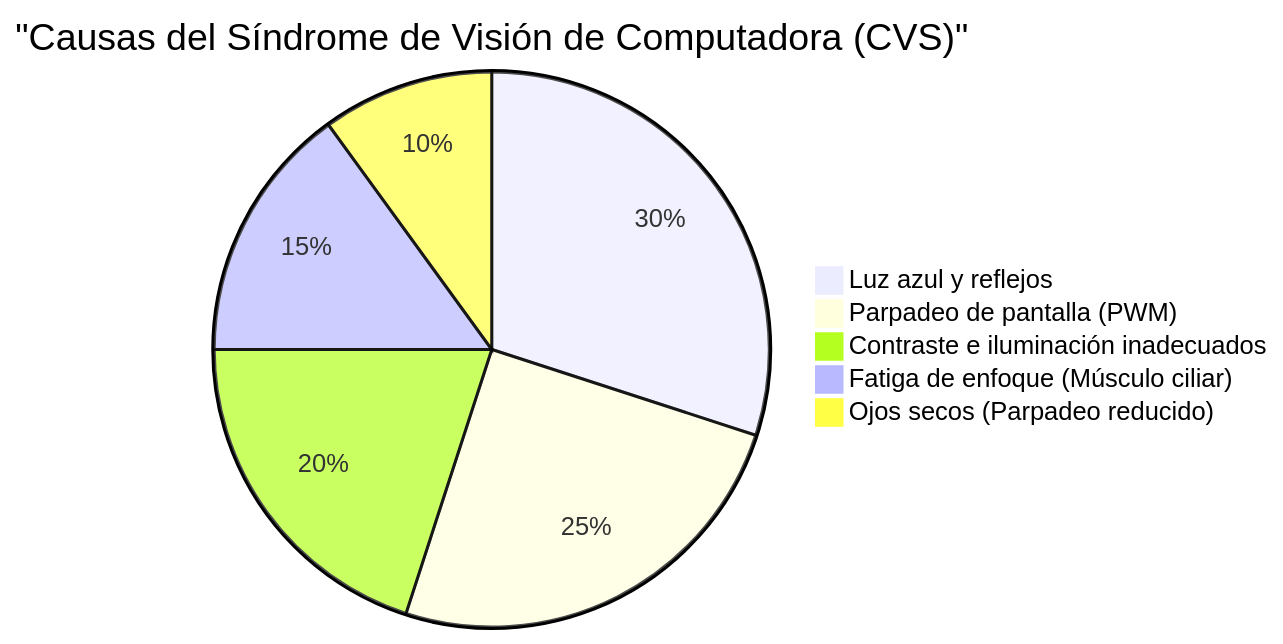
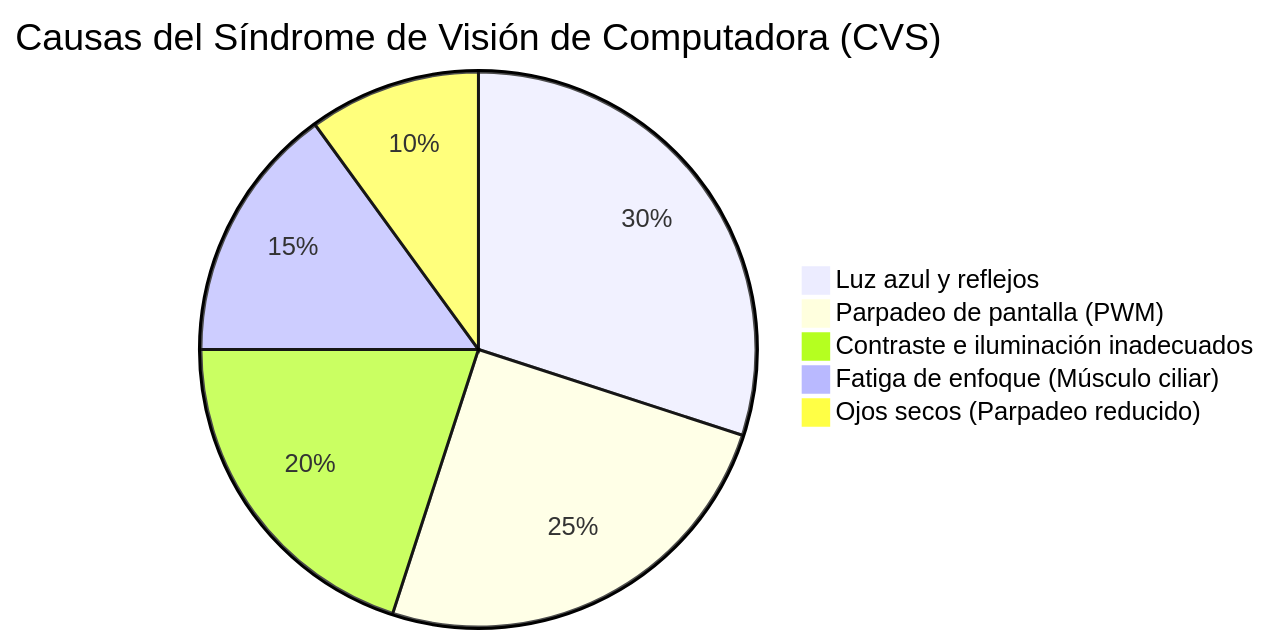
Before and after one commit to kenjinote/blog: the first of 4 diagrams in content/post/eye_strain_relief/index.es.md, drawn with Mermaid. The commit also changed other lines of this file and 703 other files, not shown here.

Commit message:
Fix: Remove quotes from Mermaid link texts and timeline definitions to support Mermaid 11.4.1

````diff
--- a/content/post/eye_strain_relief/index.es.md
+++ b/content/post/eye_strain_relief/index.es.md
@@ -24,8 +24,8 @@
 ```mermaid
-pie title "Causas del Síndrome de Visión de Computadora (CVS)"
+pie title Causas del Síndrome de Visión de Computadora (CVS)
     "Luz azul y reflejos" : 30
     "Parpadeo de pantalla (PWM)" : 25
     "Contraste e iluminación inadecuados" : 20
     "Fatiga de enfoque (Músculo ciliar)" : 15
     "Ojos secos (Parpadeo reducido)" : 10
 ```
````
